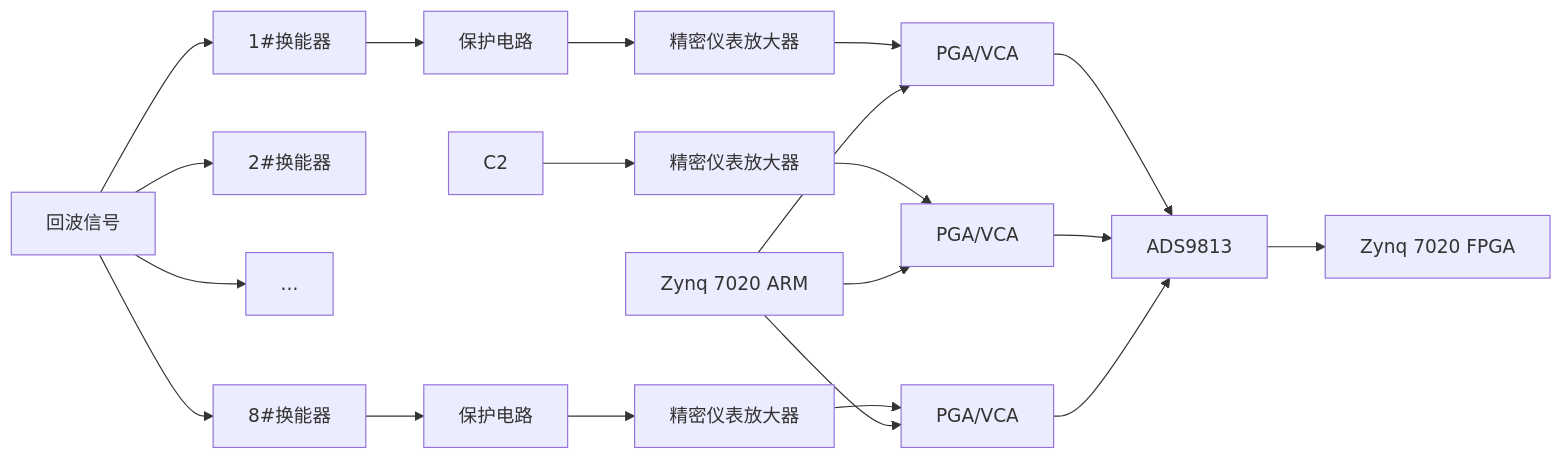
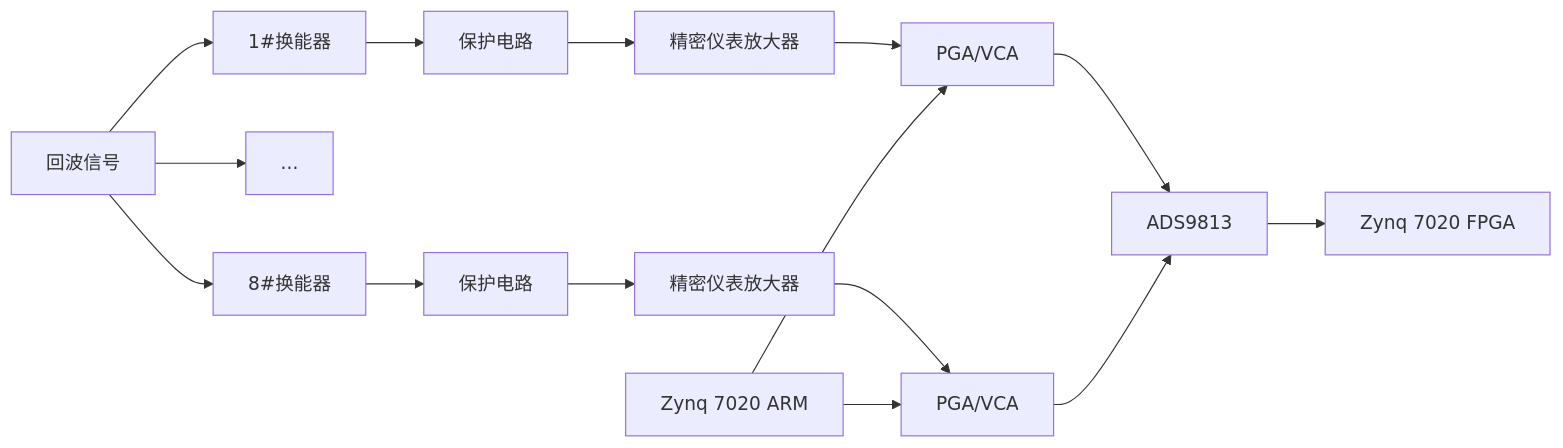
Before and after one commit to Rukawa15/iodraw-files: the diagram in all/多通道同步采集-1.md, drawn with Mermaid.

Commit message:
2025-06-19 14:13:53 update

````diff
--- a/all/多通道同步采集-1.md
+++ b/all/多通道同步采集-1.md
@@ -1,24 +1,19 @@
 ```mermaid
 graph LR
 A[回波信号]
 A --> B1[1#换能器]
-A --> B2[2#换能器]
 A --> ...
 A --> B8[8#换能器]
 B1 --> C1[保护电路]
 B8 --> C8[保护电路]
 
 C1 --> D1[精密仪表放大器]
-C2 --> D2[精密仪表放大器] 
 C8 --> D8[精密仪表放大器] 
 D1 --> E1[PGA/VCA]
-D2 --> E2[PGA/VCA] 
 D8 --> E8[PGA/VCA]
 E1 --> F[ADS9813] 
-E2 --> F[ADS9813]
 E8 --> F[ADS9813] 
 F --> G[Zynq 7020 FPGA]
 H[Zynq 7020 ARM] --> E1
-H[Zynq 7020 ARM] --> E2
 H[Zynq 7020 ARM] --> E8
 ```
````
